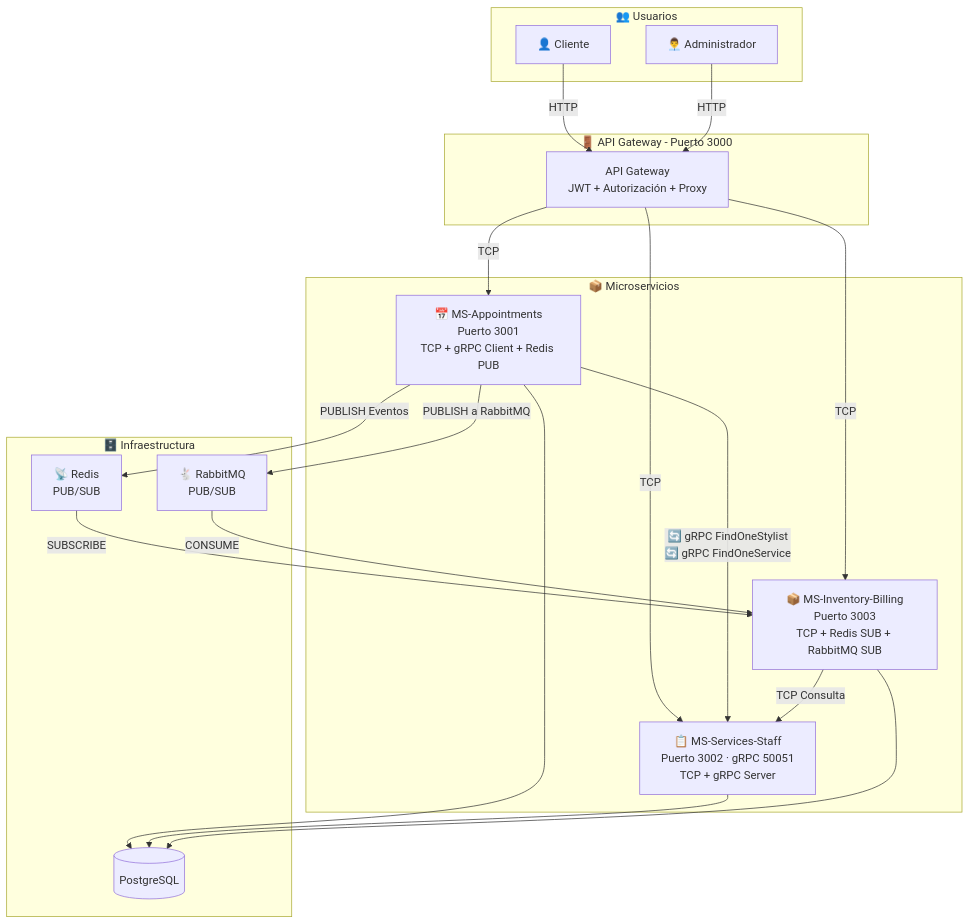
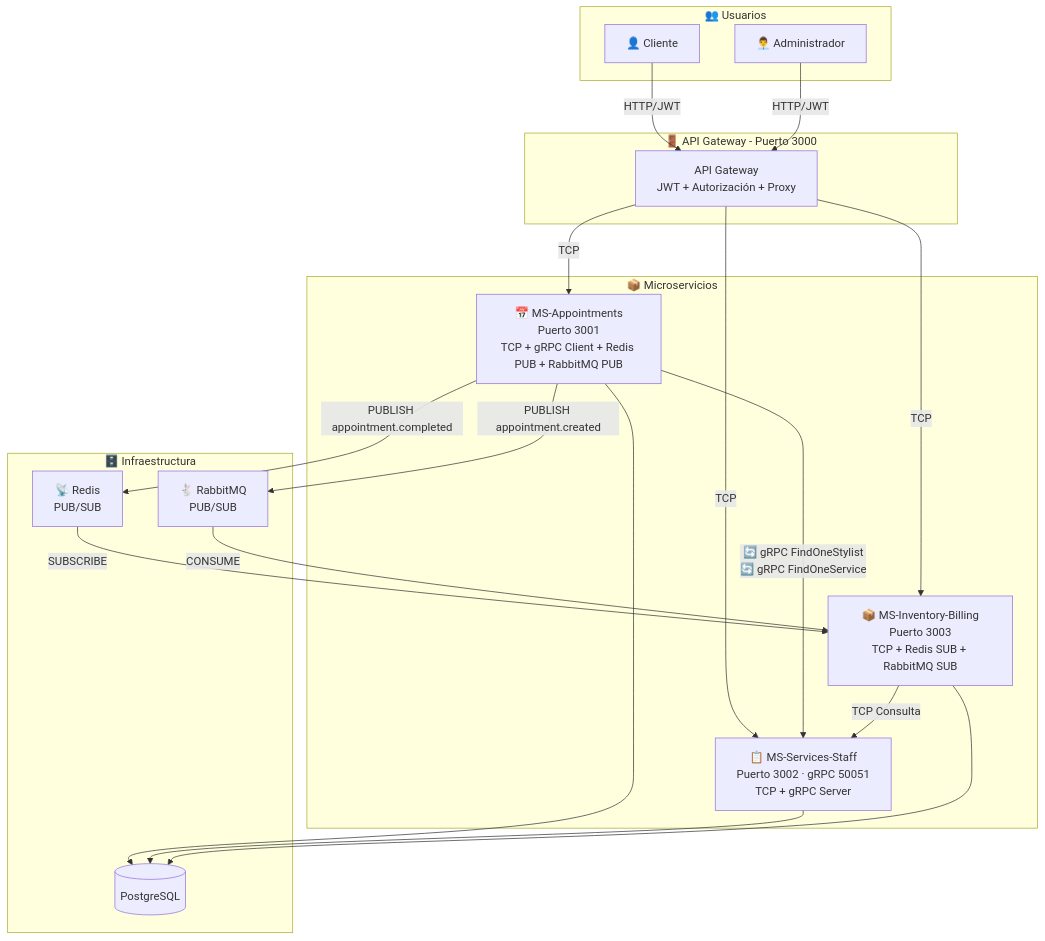
Before and after one commit to AlexDaniel593/barber-flow: the first of 2 diagrams in README.md, drawn with Mermaid. The commit also changed other lines of this file and 1 other file, not shown here.

````diff
--- a/README.md
+++ b/README.md
@@ -115,43 +119,43 @@
 ```mermaid
 graph TB
     subgraph "👥 Usuarios"
         C[👤 Cliente]
         A[👨‍💼 Administrador]
     end
 
     subgraph "🚪 API Gateway - Puerto 3000"
         G[API Gateway<br/>JWT + Autorización + Proxy]
     end
 
     subgraph "📦 Microservicios"
-        MS1[📅 MS-Appointments<br/>Puerto 3001<br/>TCP + gRPC Client + Redis PUB]
+        MS1[📅 MS-Appointments<br/>Puerto 3001<br/>TCP + gRPC Client + Redis PUB + RabbitMQ PUB]
         MS2[📋 MS-Services-Staff<br/>Puerto 3002 · gRPC 50051<br/>TCP + gRPC Server]
         MS3[📦 MS-Inventory-Billing<br/>Puerto 3003<br/>TCP + Redis SUB + RabbitMQ SUB]
     end
 
     subgraph "🗄️ Infraestructura"
         DB[(PostgreSQL)]
         R[📡 Redis<br/>PUB/SUB]
         MQ[🐇 RabbitMQ<br/>PUB/SUB]
     end
 
-    C -->|HTTP| G
-    A -->|HTTP| G
-    
+    C -->|HTTP/JWT| G
+    A -->|HTTP/JWT| G
+
     G -->|TCP| MS1
     G -->|TCP| MS2
     G -->|TCP| MS3
-    
+
     MS1 -->|🔄 gRPC FindOneStylist<br/>🔄 gRPC FindOneService| MS2
-    MS1 -->|PUBLISH Eventos| R
+    MS1 -->|PUBLISH appointment.completed| R
     R -->|SUBSCRIBE| MS3
-    
-    MS1 -->|PUBLISH a RabbitMQ| MQ
+
+    MS1 -->|PUBLISH appointment.created| MQ
     MQ -->|CONSUME| MS3
 
     MS3 -->|TCP Consulta| MS2
-    
+
     MS1 --> DB
     MS2 --> DB
     MS3 --> DB
 ```
````
